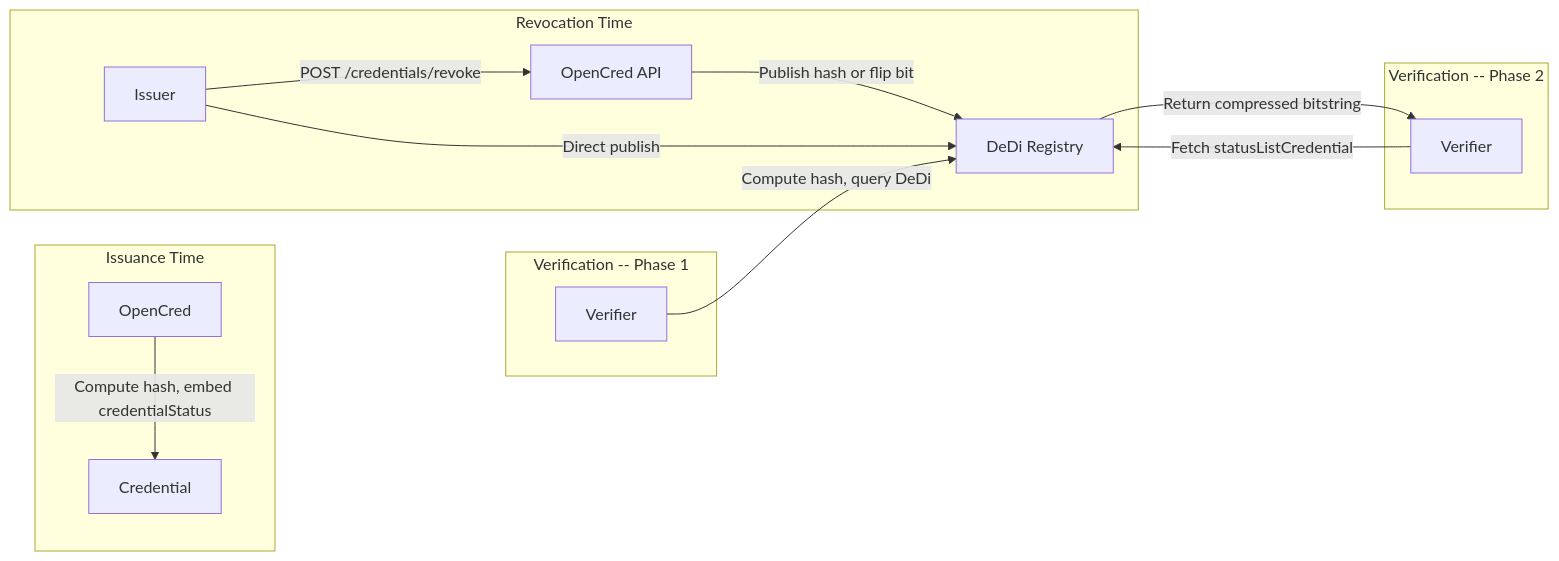
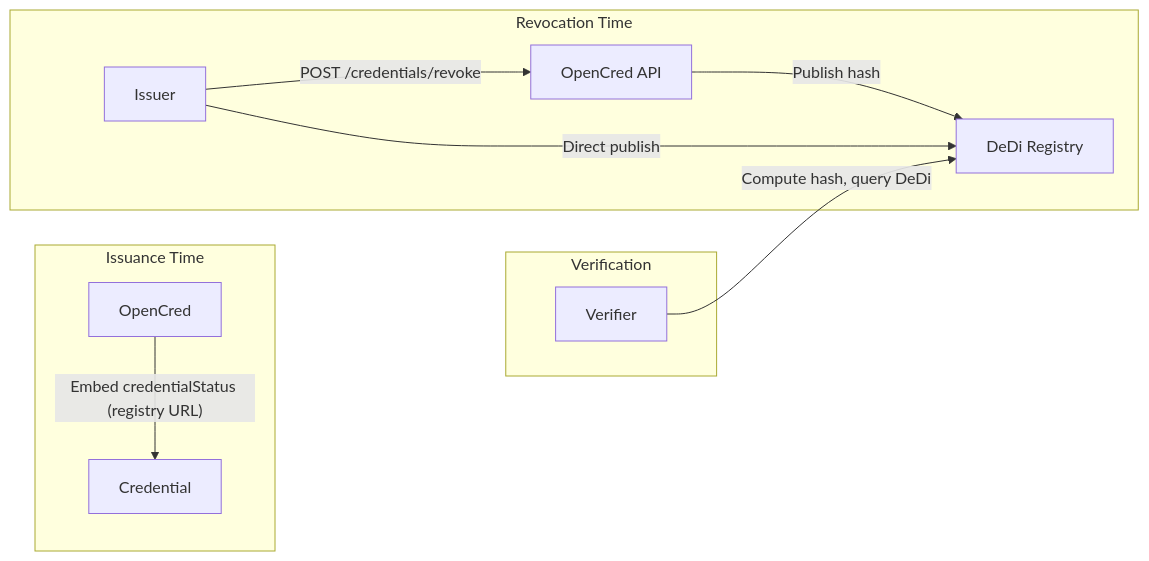
The fifth of 7 diagrams in OpenCred_PRD.md (nfh-trust-labs/opencred), drawn with Mermaid before and after one commit. The commit also changed other lines of this file and 189 other files, not shown here.

````diff
--- a/OpenCred_PRD.md
+++ b/OpenCred_PRD.md
@@ -449,18 +630,14 @@
 ```mermaid
 flowchart LR
     subgraph issuance [Issuance Time]
-        A[OpenCred] -->|"Compute hash, embed credentialStatus"| B[Credential]
+        A[OpenCred] -->|"Embed credentialStatus (registry URL)"| B[Credential]
     end
     subgraph revocation [Revocation Time]
         C[Issuer] -->|"POST /credentials/revoke"| D[OpenCred API]
-        D -->|"Publish hash or flip bit"| E[DeDi Registry]
+        D -->|"Publish hash"| E[DeDi Registry]
         C -->|"Direct publish"| E
     end
-    subgraph verifyPhase1 [Verification -- Phase 1]
-        F1[Verifier] -->|"Compute hash, query DeDi"| E
-    end
-    subgraph verifyPhase2 [Verification -- Phase 2]
-        F2[Verifier] -->|"Fetch statusListCredential"| E
-        E -->|"Return compressed bitstring"| F2
+    subgraph verification [Verification]
+        F[Verifier] -->|"Compute hash, query DeDi"| E
     end
 ```
````
